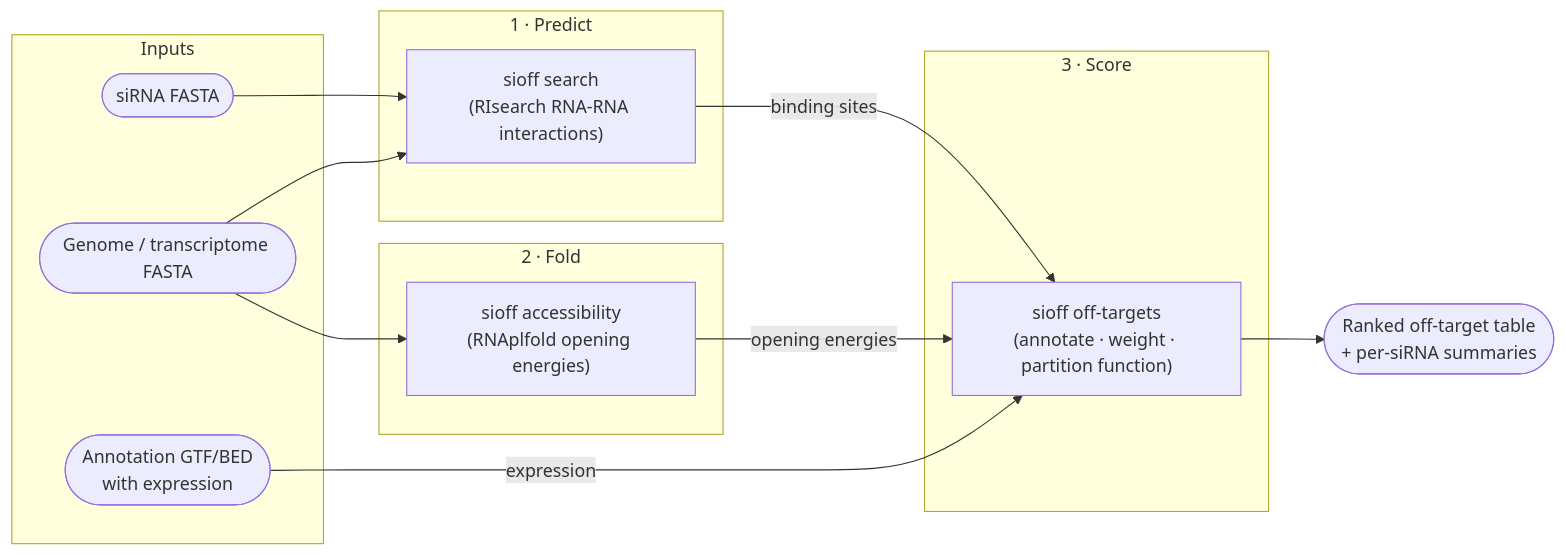
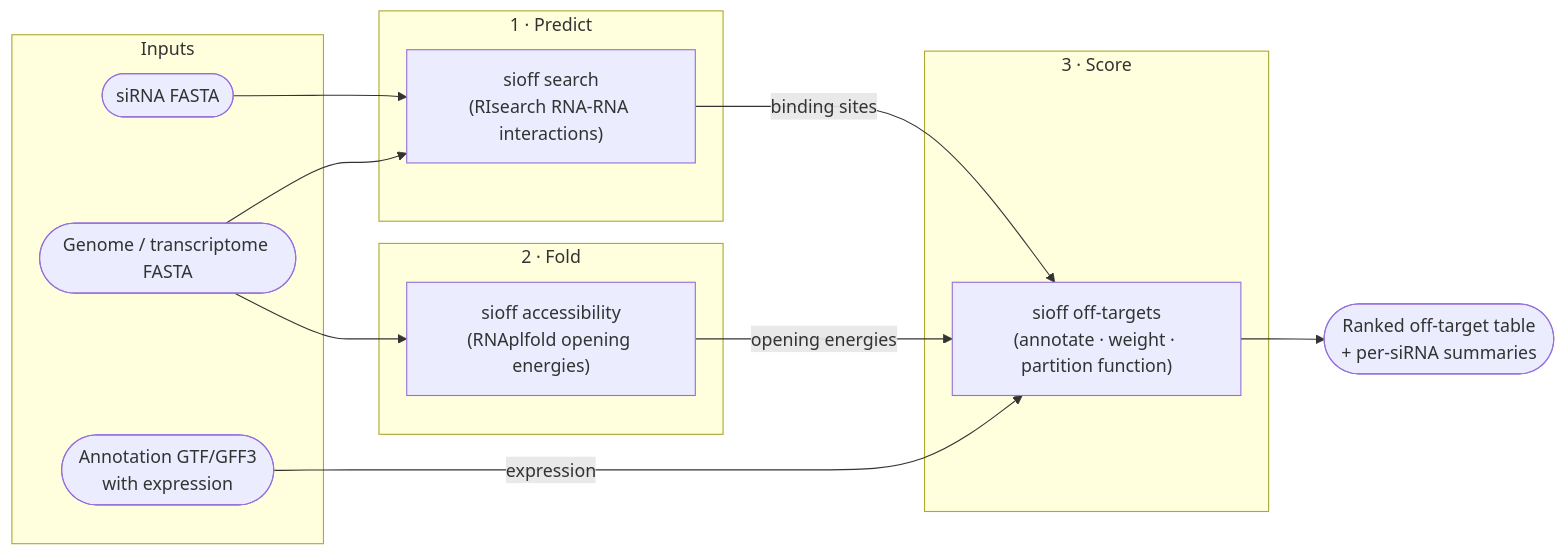
One commit to RTH-tools/siOFF changed the diagram in README.md. Above: the diagram before and after it, drawn with Mermaid. The commit also changed other lines of this file and 9 other files, not shown here.

````diff
--- a/README.md
+++ b/README.md
@@ -30,30 +30,30 @@
 ```mermaid
 flowchart LR
     subgraph inputs [Inputs]
         Q([siRNA FASTA])
         G([Genome / transcriptome FASTA])
-        A([Annotation GTF/BED<br>with expression])
+        A([Annotation GTF/GFF3<br>with expression])
     end
 
     subgraph s1 [1 · Predict]
         R["sioff search<br>(RIsearch RNA-RNA interactions)"]
     end
 
     subgraph s2 [2 · Fold]
         F["sioff accessibility<br>(RNAplfold opening energies)"]
     end
 
     subgraph s3 [3 · Score]
         O["sioff off-targets<br>(annotate · weight · partition function)"]
     end
 
     T([Ranked off-target table<br>+ per-siRNA summaries])
 
     Q --> R
     G --> R
     G --> F
     R -- binding sites --> O
     F -- opening energies --> O
     A -- expression --> O
     O --> T
 ```
````
